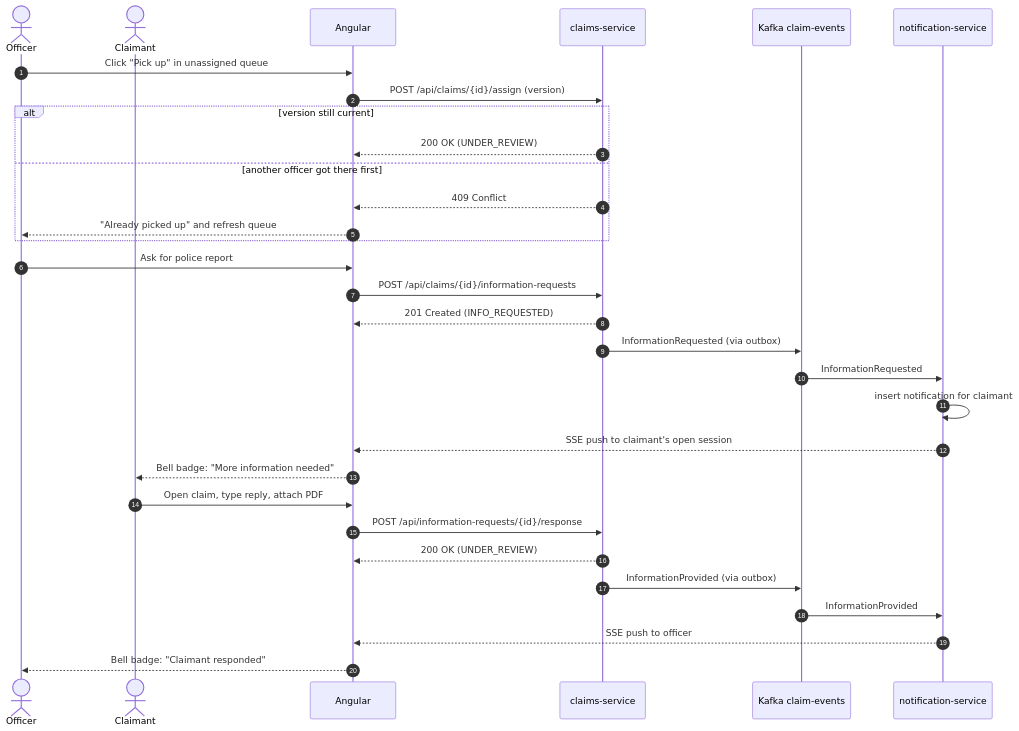
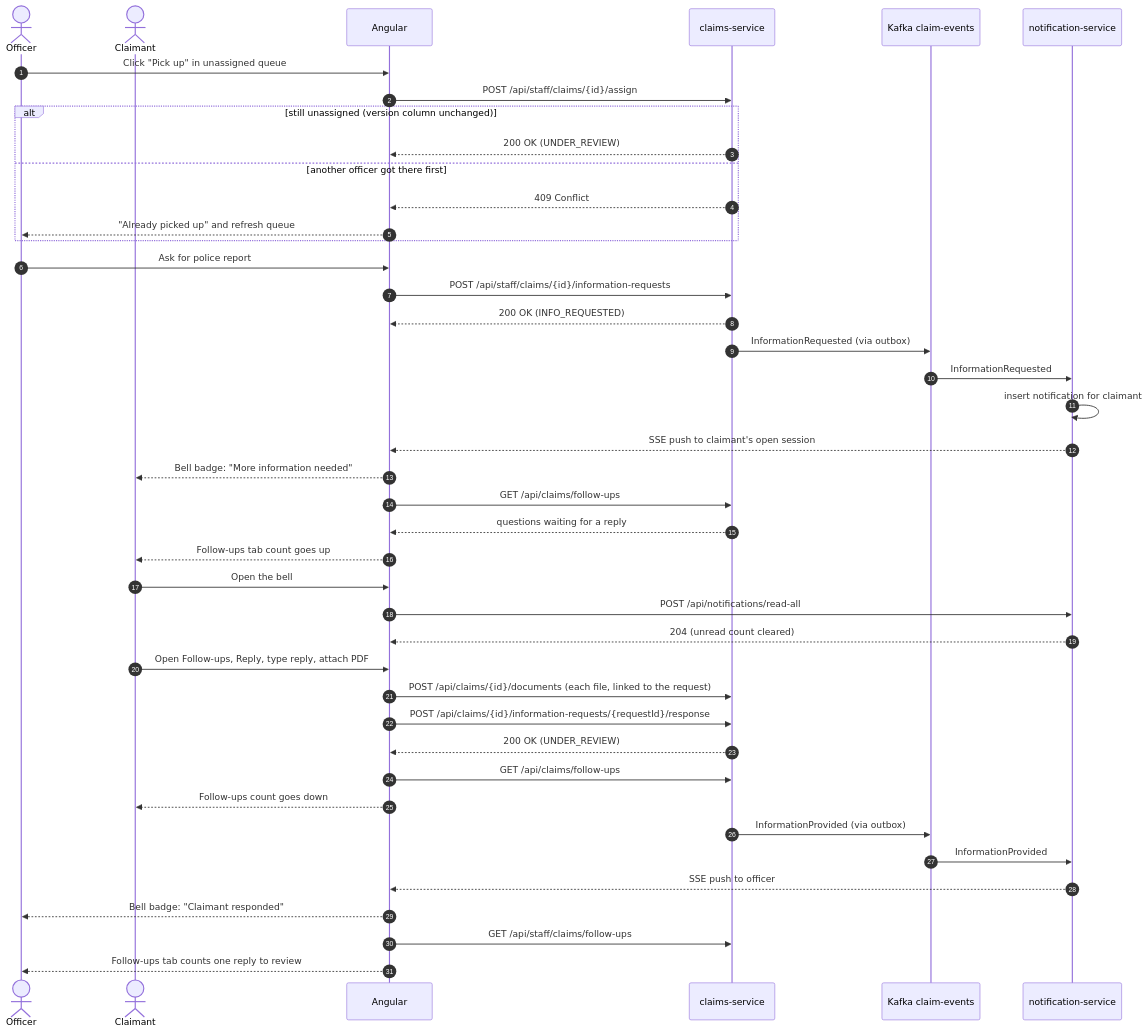
Before and after one commit to ZenoHwan/claim-system: the second of 5 diagrams in docs/sequence-diagrams.md, drawn with Mermaid. The commit also changed other lines of this file and 6 other files, not shown here.

Commit message:
docs: trade-offs, next steps, Redis and e2e tests in the README and diagrams

````diff
--- a/docs/sequence-diagrams.md
+++ b/docs/sequence-diagrams.md
@@ -56,36 +59,47 @@
 ```mermaid
 sequenceDiagram
     autonumber
     actor O as Officer
     actor C as Claimant
     participant UI as Angular
     participant CS as claims-service
     participant K as Kafka claim-events
     participant NS as notification-service
 
     O->>UI: Click "Pick up" in unassigned queue
-    UI->>CS: POST /api/claims/{id}/assign (version)
-    alt version still current
+    UI->>CS: POST /api/staff/claims/{id}/assign
+    alt still unassigned (version column unchanged)
         CS-->>UI: 200 OK (UNDER_REVIEW)
     else another officer got there first
         CS-->>UI: 409 Conflict
         UI-->>O: "Already picked up" and refresh queue
     end
 
     O->>UI: Ask for police report
-    UI->>CS: POST /api/claims/{id}/information-requests
-    CS-->>UI: 201 Created (INFO_REQUESTED)
+    UI->>CS: POST /api/staff/claims/{id}/information-requests
+    CS-->>UI: 200 OK (INFO_REQUESTED)
     CS->>K: InformationRequested (via outbox)
     K->>NS: InformationRequested
     NS->>NS: insert notification for claimant
     NS-->>UI: SSE push to claimant's open session
     UI-->>C: Bell badge: "More information needed"
+    UI->>CS: GET /api/claims/follow-ups
+    CS-->>UI: questions waiting for a reply
+    UI-->>C: Follow-ups tab count goes up
+    C->>UI: Open the bell
+    UI->>NS: POST /api/notifications/read-all
+    NS-->>UI: 204 (unread count cleared)
 
-    C->>UI: Open claim, type reply, attach PDF
-    UI->>CS: POST /api/information-requests/{id}/response
+    C->>UI: Open Follow-ups, Reply, type reply, attach PDF
+    UI->>CS: POST /api/claims/{id}/documents (each file, linked to the request)
+    UI->>CS: POST /api/claims/{id}/information-requests/{requestId}/response
     CS-->>UI: 200 OK (UNDER_REVIEW)
+    UI->>CS: GET /api/claims/follow-ups
+    UI-->>C: Follow-ups count goes down
     CS->>K: InformationProvided (via outbox)
     K->>NS: InformationProvided
     NS-->>UI: SSE push to officer
     UI-->>O: Bell badge: "Claimant responded"
+    UI->>CS: GET /api/staff/claims/follow-ups
+    UI-->>O: Follow-ups tab counts one reply to review
 ```
````
